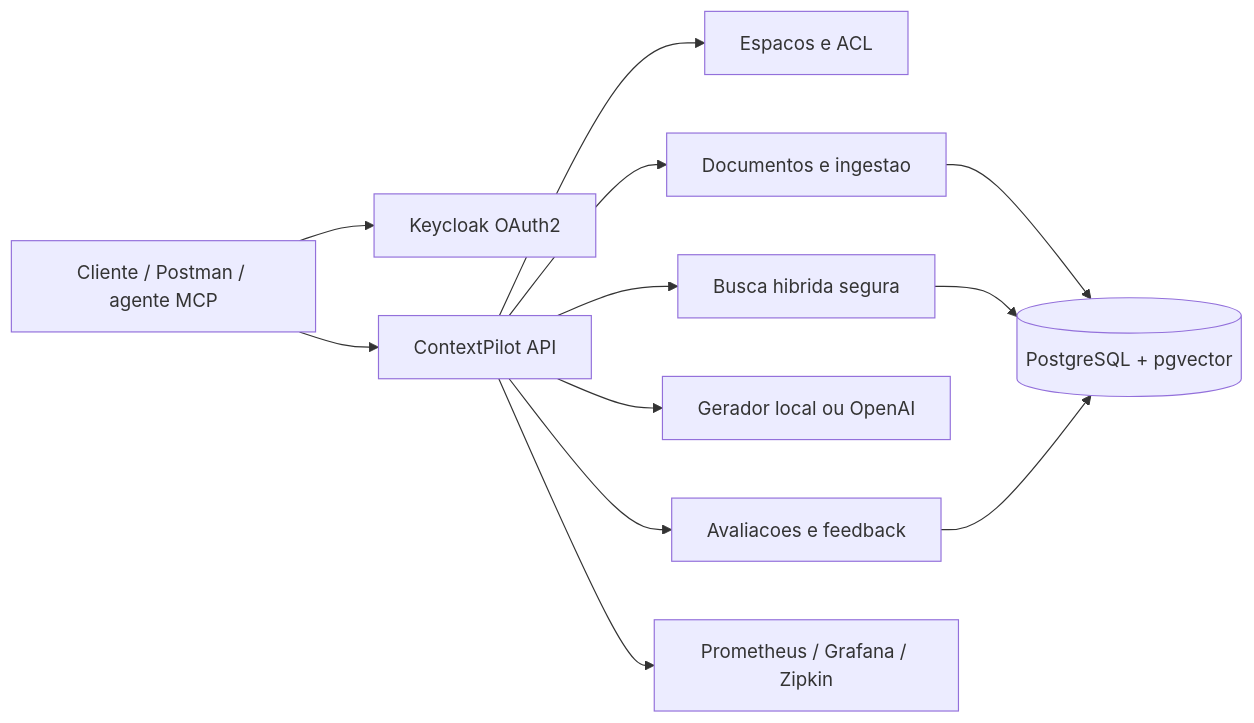
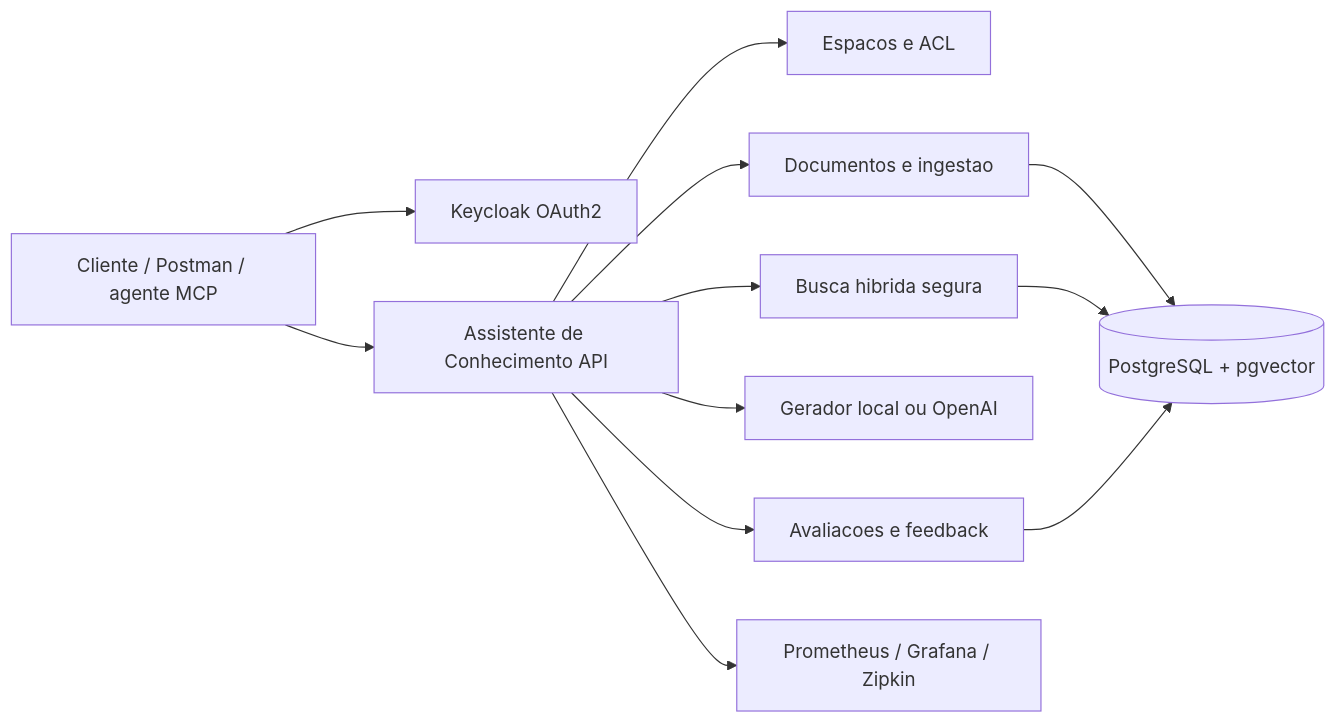
The diagram in README.md (Mateusmith/assistente-conhecimento), drawn with Mermaid before and after one commit. The commit also changed other lines of this file and 14 other files, not shown here.

Commit message:
chore: adota identidade Assistente de Conhecimento

````diff
--- a/README.md
+++ b/README.md
@@ -25,14 +27,14 @@
 ```mermaid
 flowchart LR
     U["Cliente / Postman / agente MCP"] --> K["Keycloak OAuth2"]
-    U --> A["ContextPilot API"]
+    U --> A["Assistente de Conhecimento API"]
     A --> W["Espacos e ACL"]
     A --> D["Documentos e ingestao"]
     A --> R["Busca hibrida segura"]
     A --> G["Gerador local ou OpenAI"]
     A --> E["Avaliacoes e feedback"]
     D --> P[("PostgreSQL + pgvector")]
     R --> P
     E --> P
     A --> O["Prometheus / Grafana / Zipkin"]
 ```
````
